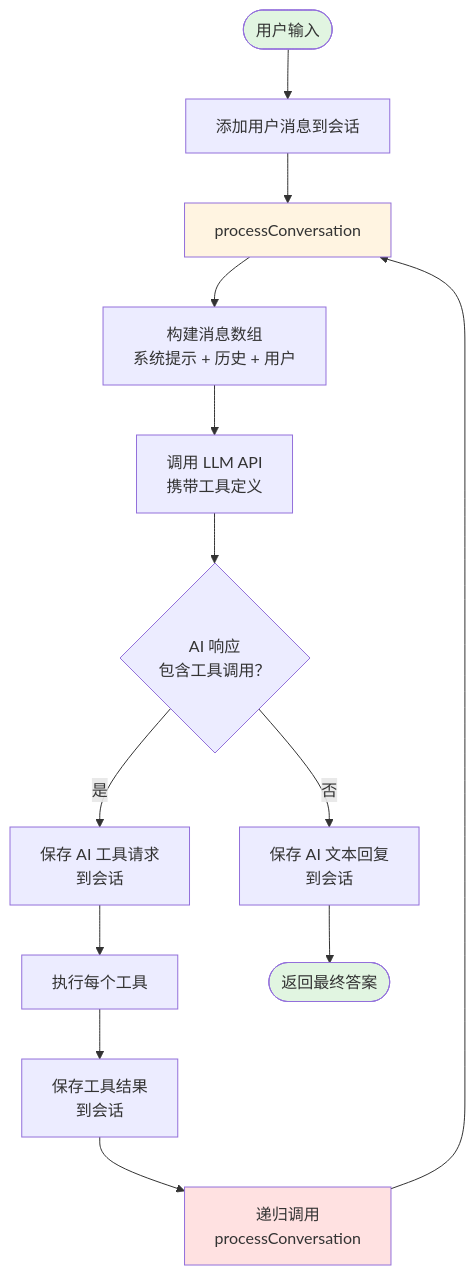
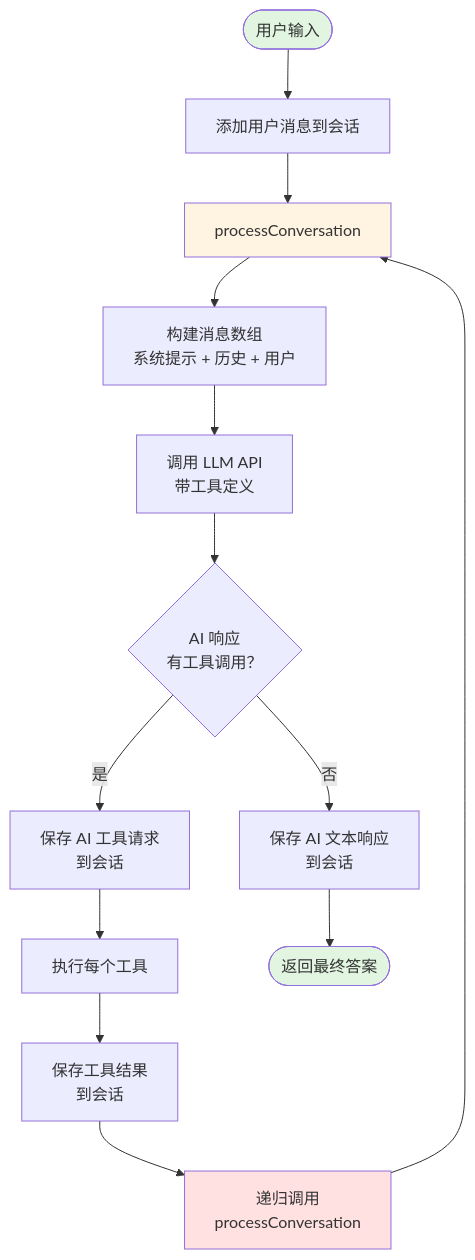
Before and after one commit to yinwm/minicc: the diagram in README.zh-CN.md, drawn with Mermaid. The commit also changed other lines of this file and 11 other files, not shown here.

````diff
--- a/README.zh-CN.md
+++ b/README.zh-CN.md
@@ -138,24 +38,24 @@
 ```mermaid
 flowchart TD
     Start([用户输入]) --> AddMsg[添加用户消息到会话]
     AddMsg --> Process[processConversation]
     
     Process --> BuildPrompt[构建消息数组<br/>系统提示 + 历史 + 用户]
-    BuildPrompt --> CallAPI[调用 LLM API<br/>携带工具定义]
+    BuildPrompt --> CallAPI[调用 LLM API<br/>带工具定义]
     
-    CallAPI --> CheckTools{AI 响应<br/>包含工具调用？}
+    CallAPI --> CheckTools{AI 响应<br/>有工具调用？}
     
     CheckTools -->|是| SaveTools[保存 AI 工具请求<br/>到会话]
     SaveTools --> ExecuteTools[执行每个工具]
     ExecuteTools --> SaveResults[保存工具结果<br/>到会话]
     SaveResults --> Recurse[递归调用<br/>processConversation]
     Recurse --> Process
     
-    CheckTools -->|否| SaveResponse[保存 AI 文本回复<br/>到会话]
+    CheckTools -->|否| SaveResponse[保存 AI 文本响应<br/>到会话]
     SaveResponse --> Return([返回最终答案])
     
     style Start fill:#e1f5e1
     style Return fill:#e1f5e1
     style Recurse fill:#ffe1e1
     style Process fill:#fff4e1
 ```
````
